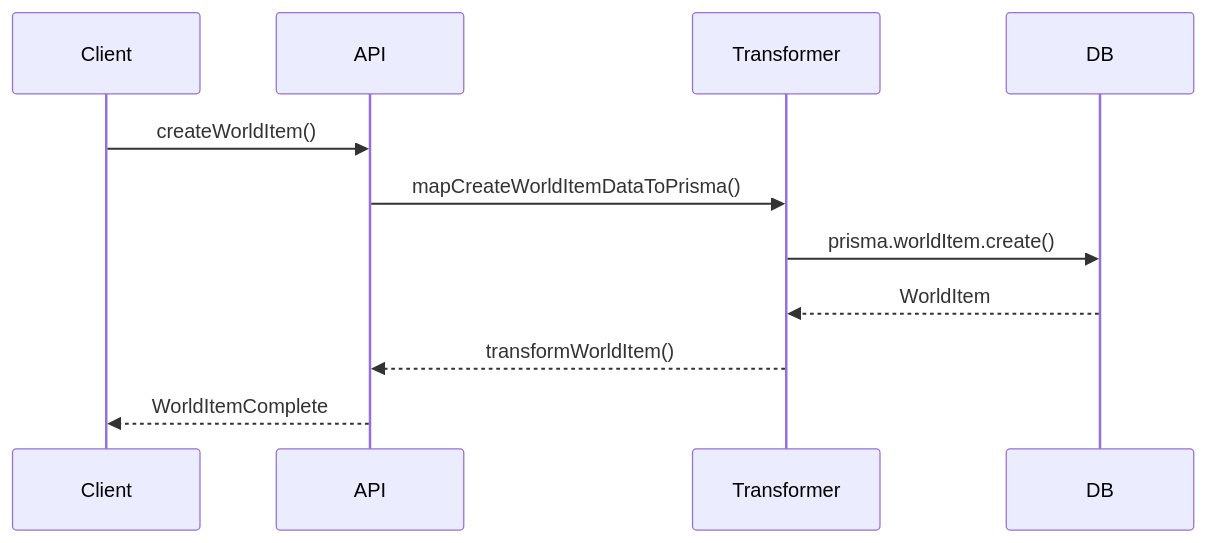
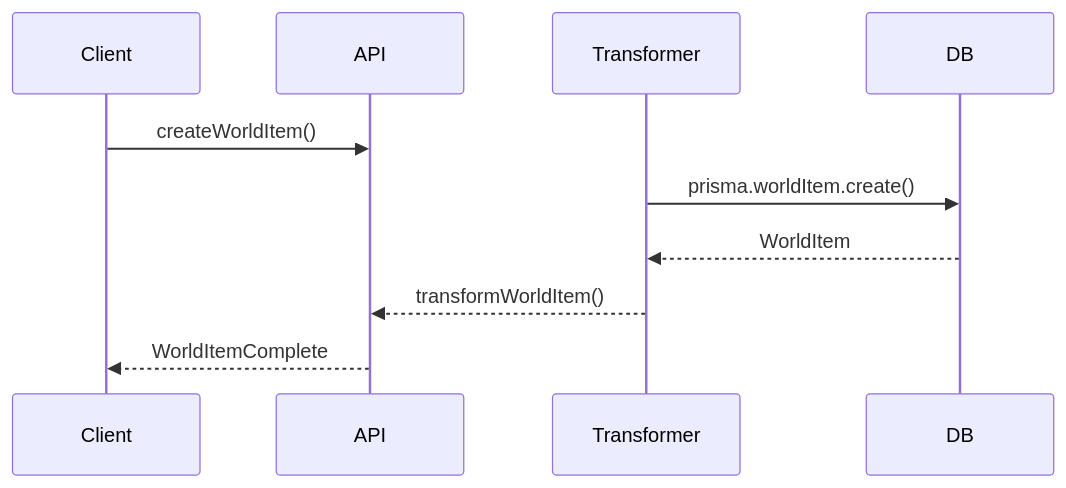
Before and after one commit to gvastethecreator/media-manager: the second of 2 diagrams in src/types/entities/world-item/documentation.md, drawn with Mermaid. The commit also changed 176 other files, not shown here.

````diff
--- a/src/types/entities/world-item/documentation.md
+++ b/src/types/entities/world-item/documentation.md
@@ -62,13 +62,13 @@
 ```mermaid
 sequenceDiagram
     participant Client
     participant API
     participant Transformer
     participant DB
     Client->>API: createWorldItem()
-    API->>Transformer: mapCreateWorldItemDataToPrisma()
+    
     Transformer->>DB: prisma.worldItem.create()
     DB-->>Transformer: WorldItem
     Transformer-->>API: transformWorldItem()
     API-->>Client: WorldItemComplete
 ```
````
